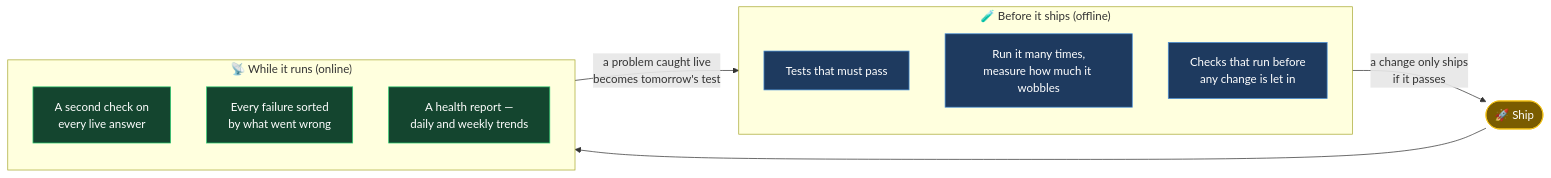
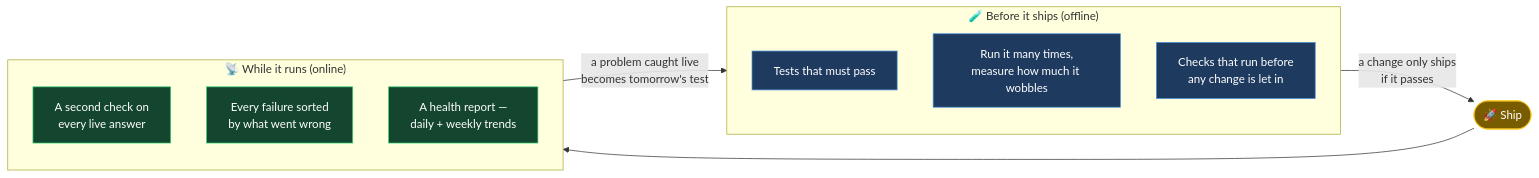
The first of 2 diagrams in docs/builds/FEEDBACK_LOOPS.md (dc3108-2024/claude-second-brain), drawn with Mermaid before and after one commit. The commit also changed other lines of this file and 2 other files, not shown here.

````diff
--- a/docs/builds/FEEDBACK_LOOPS.md
+++ b/docs/builds/FEEDBACK_LOOPS.md
@@ -35,23 +35,23 @@
 ```mermaid
 flowchart LR
     subgraph OFF["🧪 Before it ships (offline)"]
         T1["Tests that must pass"]
         T2["Run it many times,<br/>measure how much it wobbles"]
         T3["Checks that run before<br/>any change is let in"]
     end
     subgraph ON["📡 While it runs (online)"]
         C1["A second check on<br/>every live answer"]
         C2["Every failure sorted<br/>by what went wrong"]
-        C3["A health report —<br/>daily and weekly trends"]
+        C3["A health report —<br/>daily + weekly trends"]
     end
     OFF -->|"a change only ships<br/>if it passes"| SHIP(["🚀 Ship"])
     SHIP --> ON
     ON -->|"a problem caught live<br/>becomes tomorrow's test"| OFF
 
     classDef off fill:#1e3a5f,stroke:#4a90d9,color:#fff
     classDef on fill:#14452f,stroke:#2ecc71,color:#fff
     classDef ship fill:#7a5c00,stroke:#f5c518,color:#fff
     class T1,T2,T3 off
     class C1,C2,C3 on
     class SHIP ship
 ```
````
